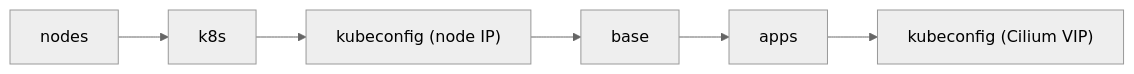
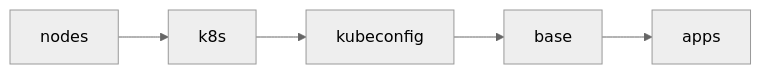
Before and after one commit to caycehouse/home-ops: the second of 2 diagrams in bootstrap/README.md, drawn with Mermaid (neutral theme). The commit also changed other lines of this file and 19 other files, not shown here.

````diff
--- a/bootstrap/README.md
+++ b/bootstrap/README.md
@@ -106,4 +105,4 @@
 ```mermaid
 graph LR
-    nodes --> k8s --> kubeconfig_node["kubeconfig (node IP)"] --> base --> apps --> kubeconfig_vip["kubeconfig (Cilium VIP)"]
+    nodes --> k8s --> kubeconfig --> base --> apps
 ```
````
